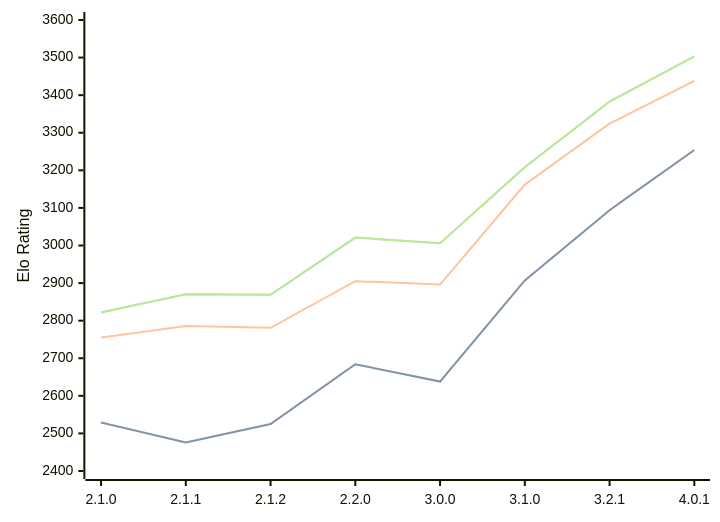
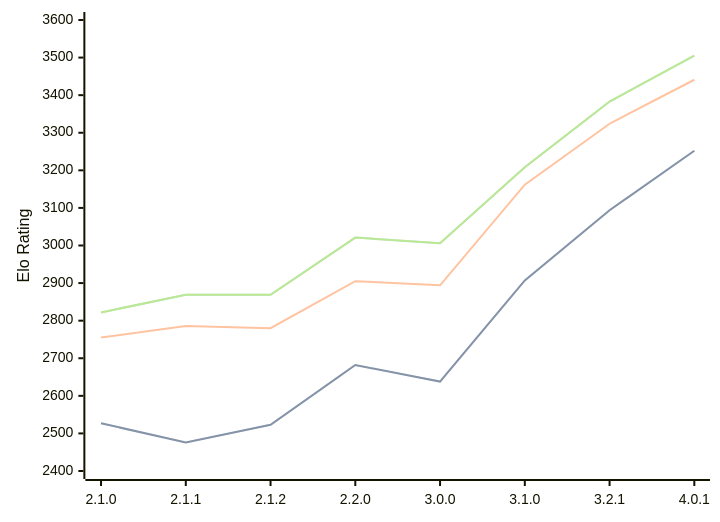
Before and after one commit to computer-chess-index/cci: the diagram in engines/Prune.md, drawn with Mermaid. The commit also changed other lines of this file, not shown here.

Commit message:
Update CCI Ratings (ELO VLTC) - 2026-08-28

````diff
--- a/engines/Prune.md
+++ b/engines/Prune.md
@@ -40,11 +40,11 @@
 ```mermaid
 %%{init: {"theme":"base","themeVariables":{"seriesColors:['#a3a3a3','#222221','#faa371']}}}%%
 xychart-beta
   x-axis ["2.1.0", "2.1.1", "2.1.2", "2.2.0", "3.0.0", "3.1.0", "3.2.1", "4.0.1"]
   y-axis "Elo Rating" 2400 --> 3600
-  line "" [2529, 2476, 2525, 2684, 2638, 2907, 3094, 3254]
-  line "STC (8.0+0.08s)" [2529, 2476, 2525, 2684, 2638, 2907, 3094, 3254]
-  line "LTC (60.0+0.60s)" [2755, 2786, 2781, 2905, 2896, 3162, 3324, 3438]
-  line "" [2822, 2870, 2869, 3021, 3006, 3208, 3383, 3503]
-  line "VLTC (2m24s+1.12s)" [2822, 2870, 2869, 3021, 3006, 3208, 3383, 3503]
+  line "" [2527, 2476, 2523, 2682, 2638, 2907, 3094, 3252]
+  line "STC (8.0+0.08s)" [2527, 2476, 2523, 2682, 2638, 2907, 3094, 3252]
+  line "LTC (60.0+0.60s)" [2755, 2786, 2780, 2905, 2894, 3162, 3324, 3441]
+  line "" [2822, 2869, 2869, 3021, 3006, 3208, 3383, 3505]
+  line "VLTC (2m24s+1.12s)" [2822, 2869, 2869, 3021, 3006, 3208, 3383, 3505]
 ```
````
